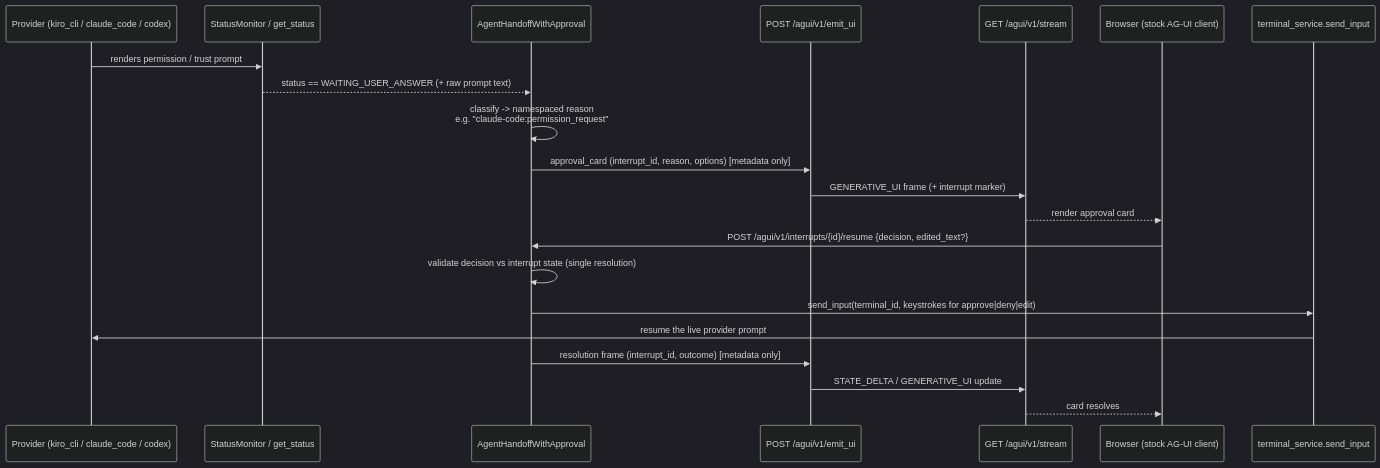
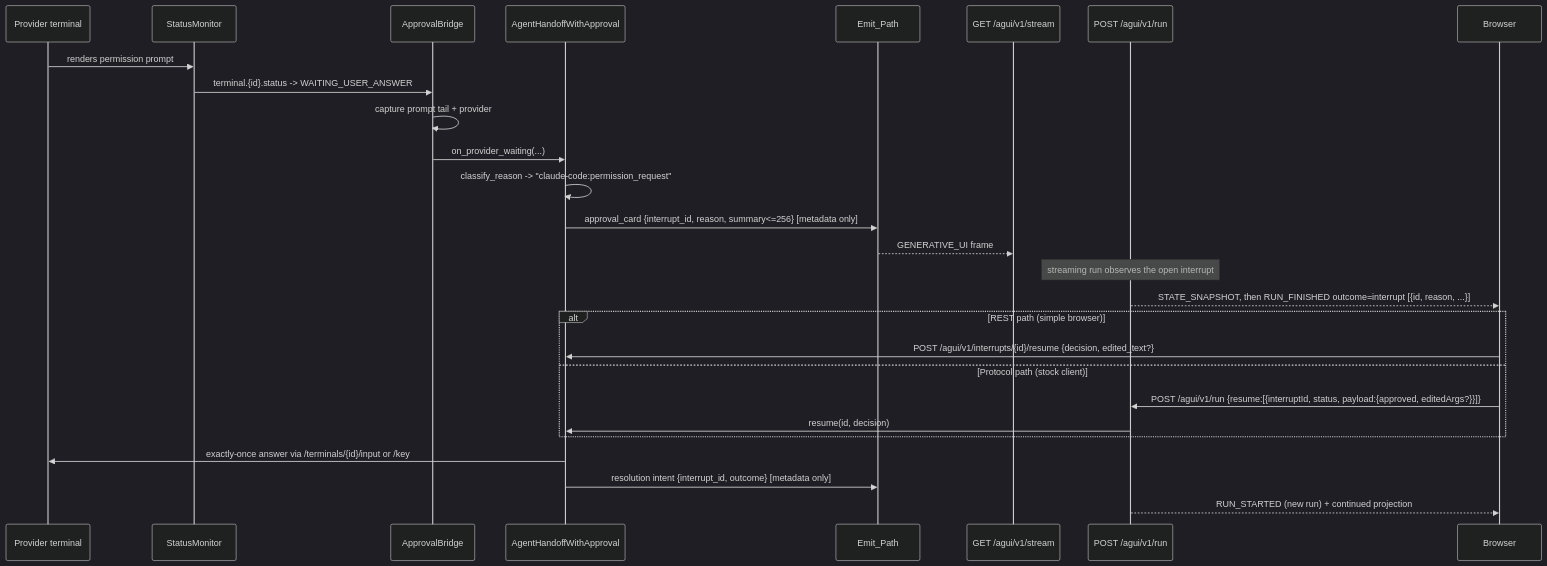
Before and after one commit to plauzy/cli-agent-orchestrator: the second of 2 diagrams in .kiro/specs/agui-l2-constructs/design.md, drawn with Mermaid (dark theme). The commit also changed other lines of this file and 3 other files, not shown here.

````diff
--- a/.kiro/specs/agui-l2-constructs/design.md
+++ b/.kiro/specs/agui-l2-constructs/design.md
@@ -170,24 +214,30 @@
 ```mermaid
 sequenceDiagram
-    participant P as Provider (kiro_cli / claude_code / codex)
-    participant SM as StatusMonitor / get_status
+    participant P as Provider terminal
+    participant SM as StatusMonitor
+    participant BR as ApprovalBridge
     participant APPR as AgentHandoffWithApproval
-    participant EMIT as POST /agui/v1/emit_ui
-    participant STREAM as GET /agui/v1/stream
-    participant B as Browser (stock AG-UI client)
-    participant TS as terminal_service.send_input
+    participant EMIT as Emit_Path
+    participant AMB as GET /agui/v1/stream
+    participant RUN as POST /agui/v1/run
+    participant B as Browser
 
-    P->>SM: renders permission / trust prompt
-    SM-->>APPR: status == WAITING_USER_ANSWER (+ raw prompt text)
-    APPR->>APPR: classify -> namespaced reason<br/>e.g. "claude-code:permission_request"
-    APPR->>EMIT: approval_card (interrupt_id, reason, options) [metadata only]
-    EMIT->>STREAM: GENERATIVE_UI frame (+ interrupt marker)
-    STREAM-->>B: render approval card
-    B->>APPR: POST /agui/v1/interrupts/{id}/resume {decision, edited_text?}
-    APPR->>APPR: validate decision vs interrupt state (single resolution)
-    APPR->>TS: send_input(terminal_id, keystrokes for approve|deny|edit)
-    TS->>P: resume the live provider prompt
-    APPR->>EMIT: resolution frame (interrupt_id, outcome) [metadata only]
-    EMIT->>STREAM: STATE_DELTA / GENERATIVE_UI update
-    STREAM-->>B: card resolves
+    P->>SM: renders permission prompt
+    SM->>BR: terminal.{id}.status -> WAITING_USER_ANSWER
+    BR->>BR: capture prompt tail + provider
+    BR->>APPR: on_provider_waiting(...)
+    APPR->>APPR: classify_reason -> "claude-code:permission_request"
+    APPR->>EMIT: approval_card {interrupt_id, reason, summary<=256} [metadata only]
+    EMIT-->>AMB: GENERATIVE_UI frame
+    Note over RUN: streaming run observes the open interrupt
+    RUN-->>B: STATE_SNAPSHOT, then RUN_FINISHED outcome=interrupt [{id, reason, ...}]
+    alt REST path (simple browser)
+        B->>APPR: POST /agui/v1/interrupts/{id}/resume {decision, edited_text?}
+    else Protocol path (stock client)
+        B->>RUN: POST /agui/v1/run {resume:[{interruptId, status, payload:{approved, editedArgs?}}]}
+        RUN->>APPR: resume(id, decision)
+    end
+    APPR->>P: exactly-once answer via /terminals/{id}/input or /key
+    APPR->>EMIT: resolution intent {interrupt_id, outcome} [metadata only]
+    RUN-->>B: RUN_STARTED (new run) + continued projection
 ```
````
